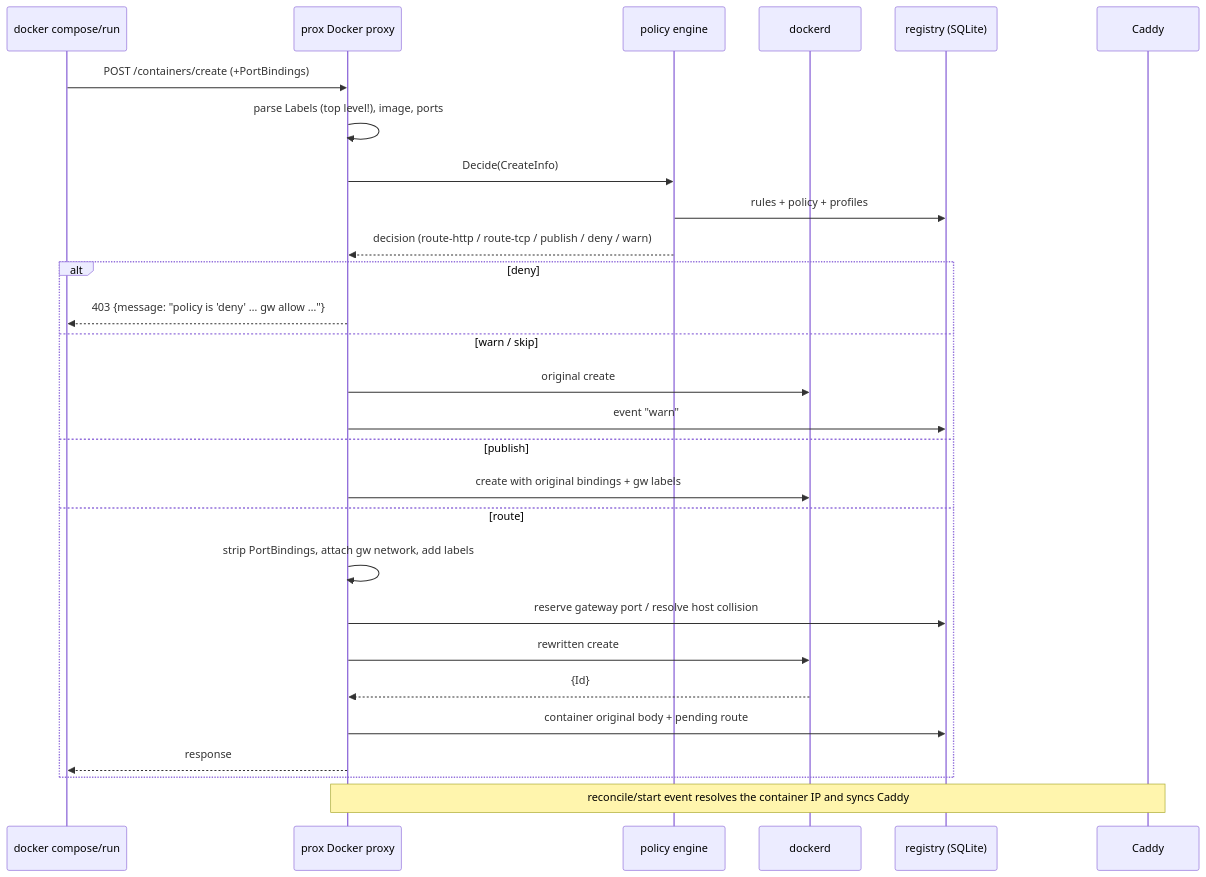
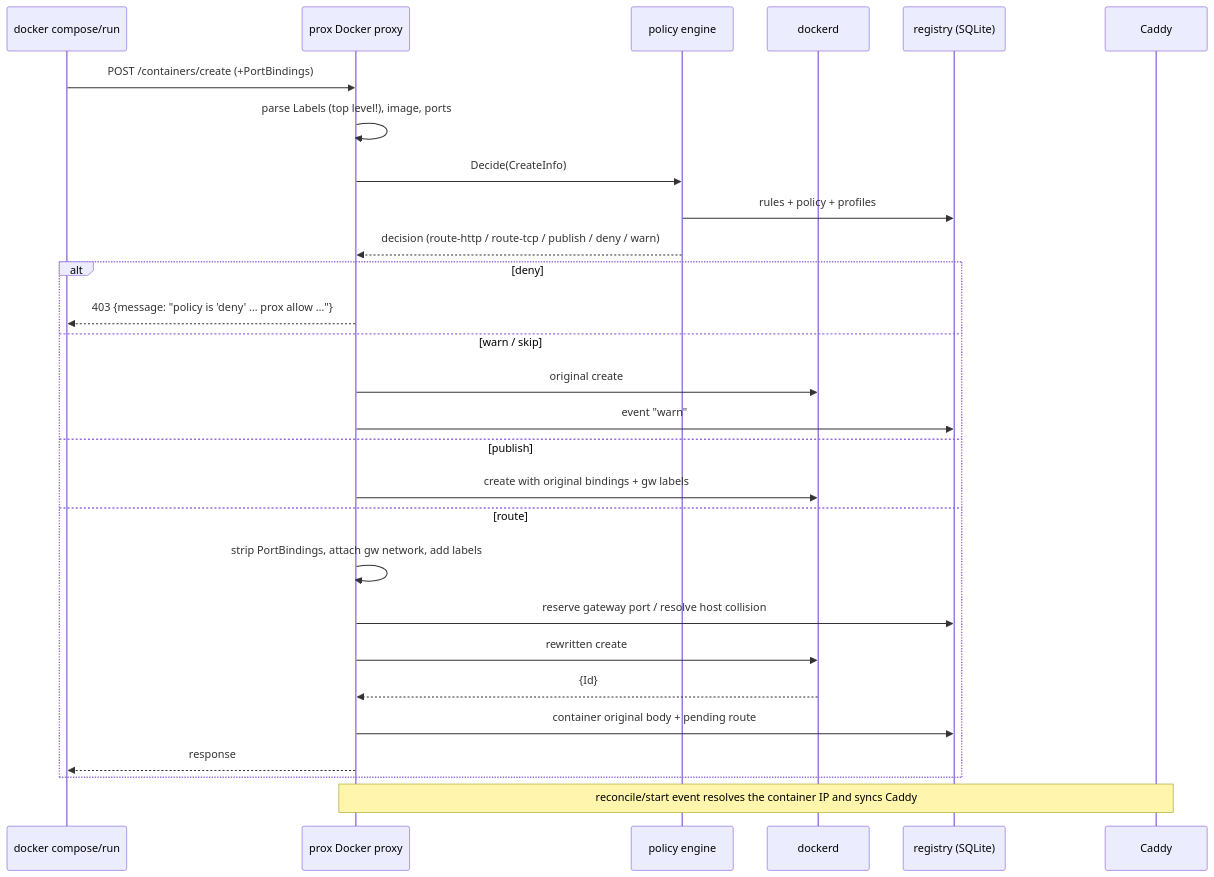
One commit to haasele/prox changed the second of 6 diagrams in docs/ARCHITECTURE.md. Above: the diagram before and after it, drawn with Mermaid. The commit also changed other lines of this file and 62 other files, not shown here.

````diff
--- a/docs/ARCHITECTURE.md
+++ b/docs/ARCHITECTURE.md
@@ -54,31 +54,31 @@
 ```mermaid
 sequenceDiagram
   participant C as docker compose/run
   participant P as prox Docker proxy
   participant E as policy engine
   participant D as dockerd
   participant R as registry (SQLite)
   participant Y as Caddy
 
   C->>P: POST /containers/create (+PortBindings)
   P->>P: parse Labels (top level!), image, ports
   P->>E: Decide(CreateInfo)
   E->>R: rules + policy + profiles
   E-->>P: decision (route-http / route-tcp / publish / deny / warn)
   alt deny
-    P-->>C: 403 {message: "policy is 'deny' … gw allow …"}
+    P-->>C: 403 {message: "policy is 'deny' … prox allow …"}
   else warn / skip
     P->>D: original create
     P->>R: event "warn"
   else publish
     P->>D: create with original bindings + gw labels
   else route
     P->>P: strip PortBindings, attach gw network, add labels
     P->>R: reserve gateway port / resolve host collision
     P->>D: rewritten create
     D-->>P: {Id}
     P->>R: container original body + pending route
     P-->>C: response
   end
   Note over P,Y: reconcile/start event resolves the container IP and syncs Caddy
 ```
````
